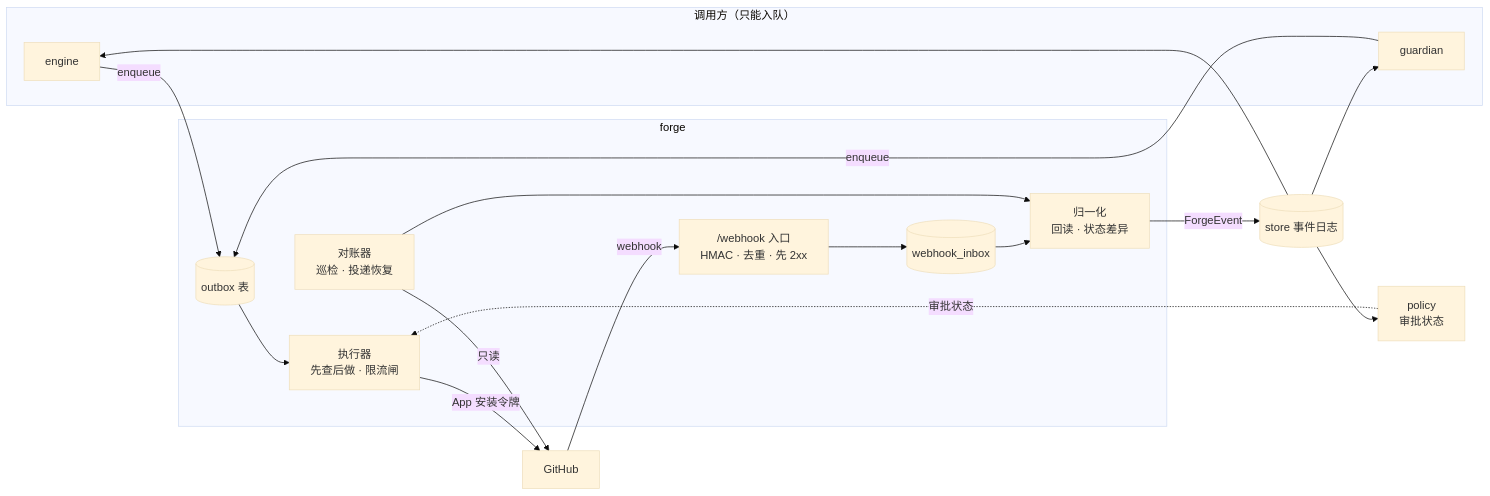
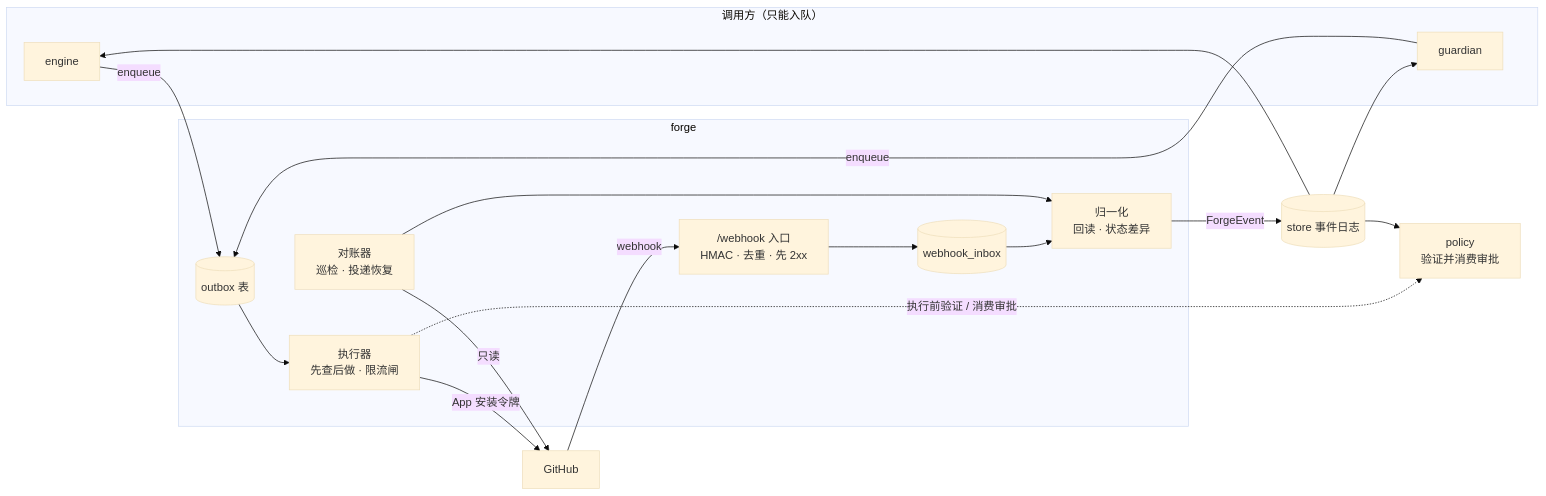
Before and after one commit to LeXwDeX/Gantry: the diagram in docs/interfaces/forge-actions.md, drawn with Mermaid (base theme). The commit also changed other lines of this file and 10 other files, not shown here.

````diff
--- a/docs/interfaces/forge-actions.md
+++ b/docs/interfaces/forge-actions.md
@@ -49,24 +49,24 @@
 ```mermaid
 flowchart LR
   subgraph Callers["调用方（只能入队）"]
     E["engine"]
     G["guardian"]
   end
-  P["policy<br/>审批状态"]
+  P["policy<br/>验证并消费审批"]
   subgraph F["forge"]
     OB[("outbox 表")] --> EX["执行器<br/>先查后做 · 限流闸"]
     WH["/webhook 入口<br/>HMAC · 去重 · 先 2xx"] --> IB[("webhook_inbox")]
     IB --> NM["归一化<br/>回读 · 状态差异"]
     RC["对账器<br/>巡检 · 投递恢复"] --> NM
   end
   E -- enqueue --> OB
   G -- enqueue --> OB
-  P -. 审批状态 .-> EX
+  EX -. 执行前验证 / 消费审批 .-> P
   EX -- "App 安装令牌" --> GH["GitHub"]
   GH -- "webhook" --> WH
   RC -- "只读" --> GH
   NM -- "ForgeEvent" --> S[("store 事件日志")]
   S --> E
   S --> G
   S --> P
 ```
````
